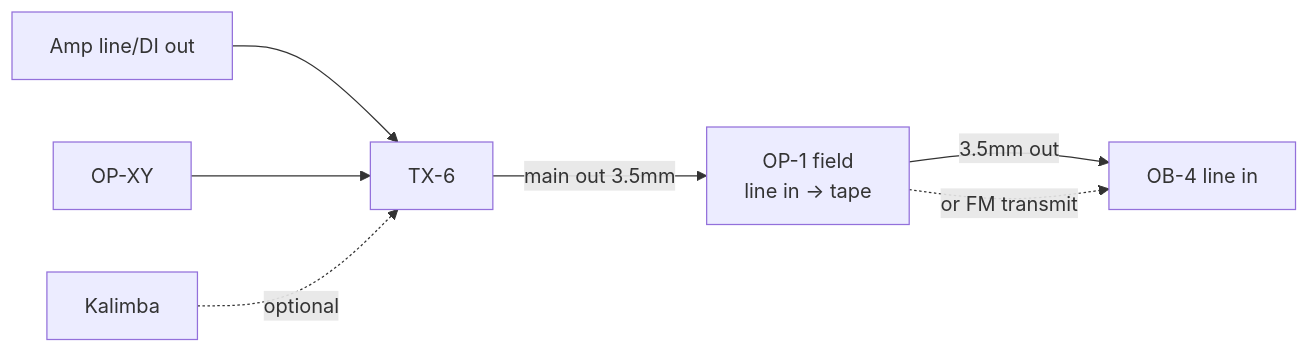
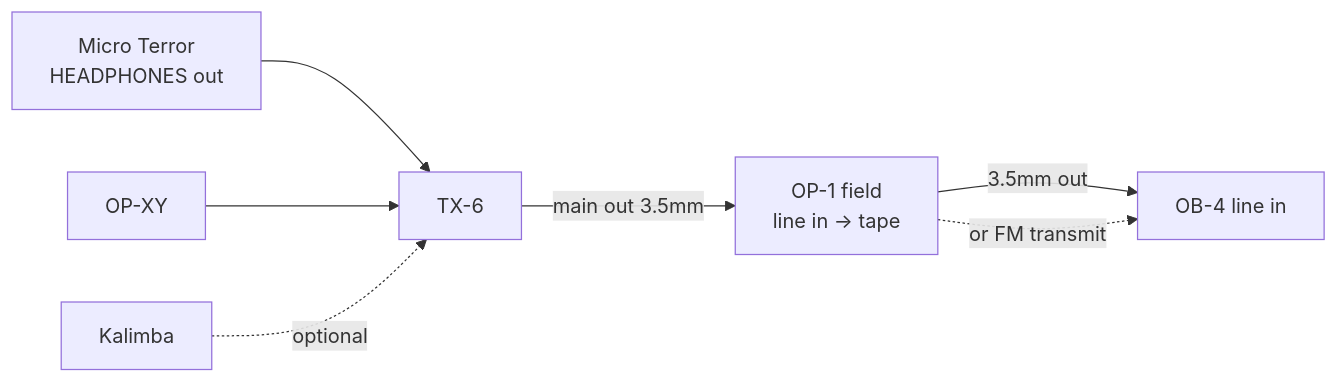
One commit to samelliottdlt/music changed the diagram in setup/recording.md. Above: the diagram before and after it, drawn with Mermaid. The commit also changed other lines of this file and 16 other files, not shown here.

First line of the commit message:
Apply Sam's rig update: Chroma Console only, Orange Micro Terror, Ibanez TOD10N

````diff
--- a/setup/recording.md
+++ b/setup/recording.md
@@ -17,9 +18,9 @@
 ```mermaid
 flowchart LR
-    AMP[Amp line/DI out] --> TX6[TX-6]
+    AMP[Micro Terror<br/>HEADPHONES out] --> TX6[TX-6]
     OPXY[OP-XY] --> TX6
     KAL[Kalimba] -.optional.-> TX6
     TX6 -->|main out 3.5mm| OP1[OP-1 field<br/>line in → tape]
     OP1 -->|3.5mm out| OB4[OB-4 line in]
     OP1 -.or FM transmit.-> OB4
 ```
````
